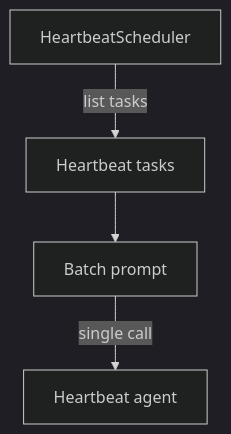
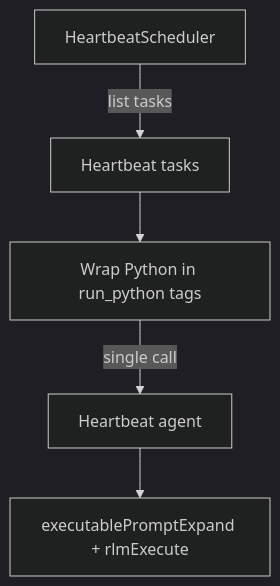
The diagram in doc/concepts/heartbeats.md (ex3ndr/daycare), drawn with Mermaid (dark theme) before and after one commit. The commit also changed other lines of this file and 11 other files, not shown here.

First line of the commit message:
feat(heartbeat,cron): switch to Python-only code for task prompts

````diff
--- a/doc/concepts/heartbeats.md
+++ b/doc/concepts/heartbeats.md
@@ -32,6 +29,7 @@
 ```mermaid
 flowchart TD
   Scheduler[HeartbeatScheduler] -->|list tasks| Tasks[Heartbeat tasks]
-  Tasks --> Batch[Batch prompt]
-  Batch -->|single call| Agent[Heartbeat agent]
+  Tasks --> Wrap[Wrap Python in run_python tags]
+  Wrap -->|single call| Agent[Heartbeat agent]
+  Agent --> RLM[executablePromptExpand + rlmExecute]
 ```
````
